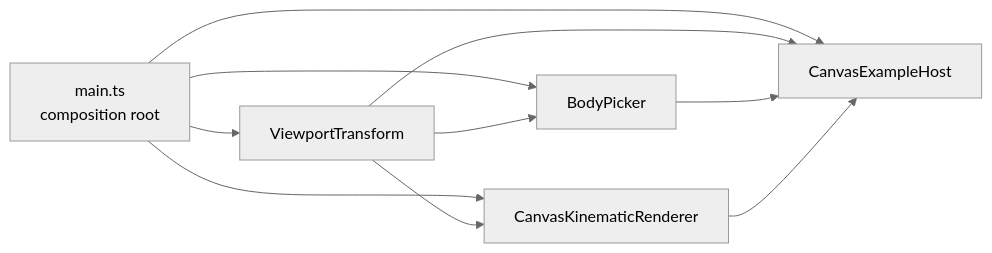
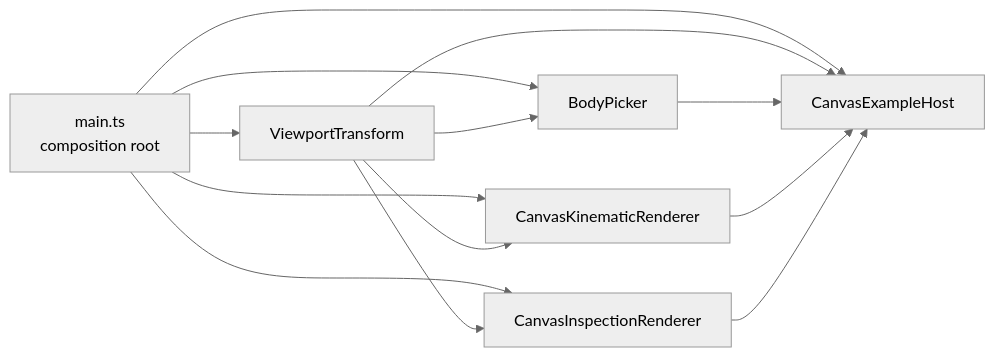
The eighth of 11 diagrams in docs/architecture/README.md (fa-ribeiro/vLab2D), drawn with Mermaid (neutral theme) before and after one commit. The commit also changed other lines of this file and 3 other files, not shown here.

````diff
--- a/docs/architecture/README.md
+++ b/docs/architecture/README.md
@@ -578,19 +586,23 @@
 ```mermaid
 flowchart LR
     MAIN["main.ts<br/>composition root"]
     V["ViewportTransform"]
     R["CanvasKinematicRenderer"]
     P["BodyPicker"]
+    I["CanvasInspectionRenderer"]
     H["CanvasExampleHost"]
 
     MAIN --> V
     MAIN --> R
     MAIN --> P
+    MAIN --> I
     MAIN --> H
 
     V --> R
     V --> P
+    V --> I
     V --> H
     P --> H
     R --> H
+    I --> H
 ```
````
